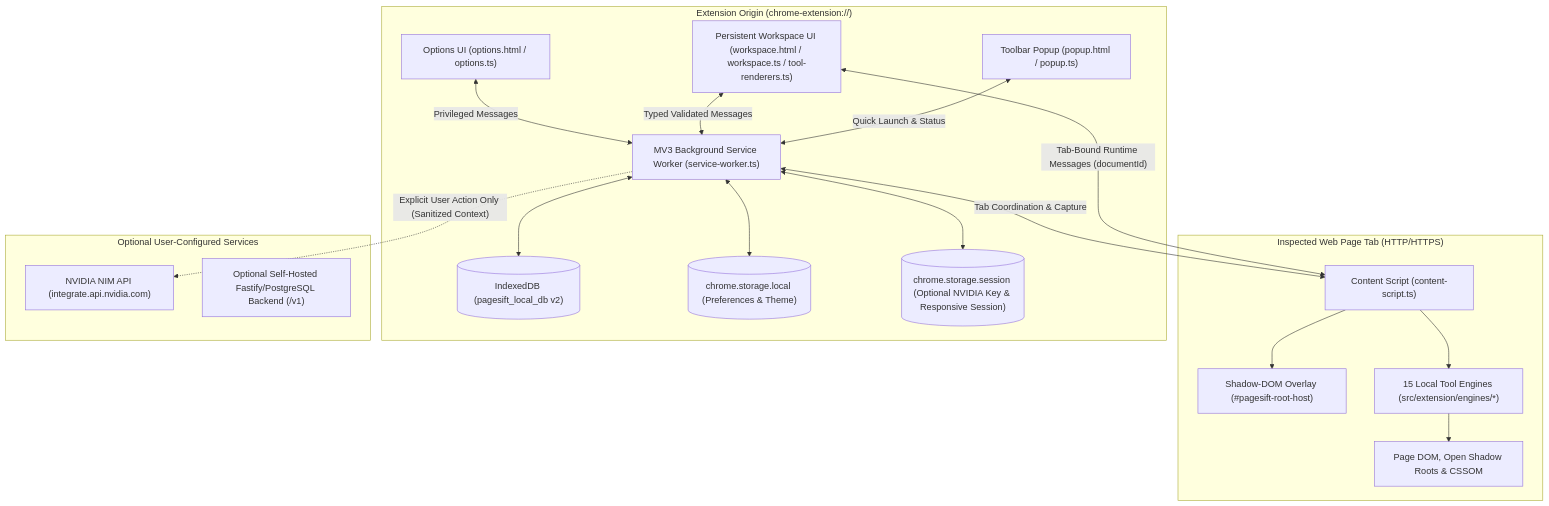
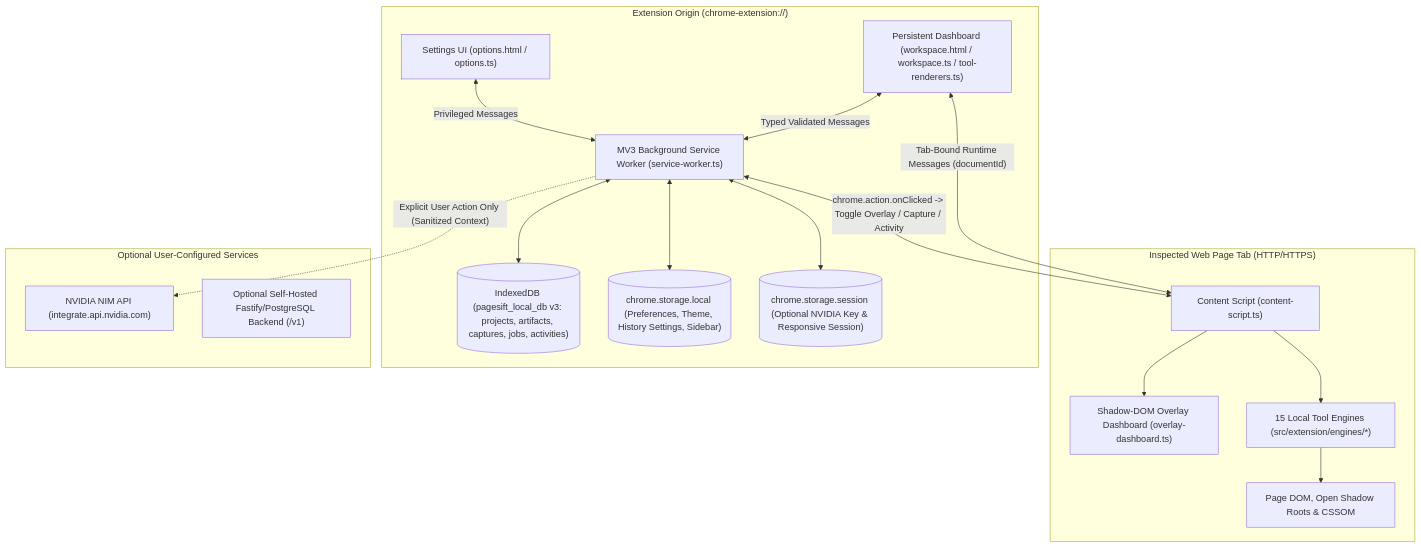
Before and after one commit to QuantumSenpai/pagesift: the diagram in docs/architecture-and-data-flow.md, drawn with Mermaid. The commit also changed other lines of this file and 31 other files, not shown here.

````diff
--- a/docs/architecture-and-data-flow.md
+++ b/docs/architecture-and-data-flow.md
@@ -7,38 +7,36 @@
 ```mermaid
 flowchart TD
     subgraph InspectedTab["Inspected Web Page Tab (HTTP/HTTPS)"]
         DOM["Page DOM, Open Shadow Roots & CSSOM"]
         CS["Content Script (content-script.ts)"]
-        Overlay["Shadow-DOM Overlay (#pagesift-root-host)"]
+        Overlay["Shadow-DOM Overlay Dashboard (overlay-dashboard.ts)"]
         Engines["15 Local Tool Engines (src/extension/engines/*)"]
         CS --> Overlay
         CS --> Engines
         Engines --> DOM
     end
 
     subgraph ExtensionOrigin["Extension Origin (chrome-extension://<id>)"]
         SW["MV3 Background Service Worker (service-worker.ts)"]
-        POP["Toolbar Popup (popup.html / popup.ts)"]
-        WS["Persistent Workspace UI (workspace.html / workspace.ts / tool-renderers.ts)"]
-        OPT["Options UI (options.html / options.ts)"]
-        IDB[("IndexedDB (pagesift_local_db v2)")]
-        LocalStore[("chrome.storage.local (Preferences & Theme)")]
+        WS["Persistent Dashboard (workspace.html / workspace.ts / tool-renderers.ts)"]
+        OPT["Settings UI (options.html / options.ts)"]
+        IDB[("IndexedDB (pagesift_local_db v3: projects, artifacts, captures, jobs, activities)")]
+        LocalStore[("chrome.storage.local (Preferences, Theme, History Settings, Sidebar)")]
         SessionStore[("chrome.storage.session (Optional NVIDIA Key & Responsive Session)")]
 
-        POP <-->|"Quick Launch & Status"| SW
         WS <-->|"Typed Validated Messages"| SW
         OPT <-->|"Privileged Messages"| SW
         SW <--> IDB
         SW <--> LocalStore
         SW <--> SessionStore
     end
 
     subgraph OptionalExternal["Optional User-Configured Services"]
         NIM["NVIDIA NIM API (integrate.api.nvidia.com)"]
         Backend["Optional Self-Hosted Fastify/PostgreSQL Backend (/v1)"]
     end
 
     WS <-->|"Tab-Bound Runtime Messages (documentId)"| CS
-    SW <-->|"Tab Coordination & Capture"| CS
+    SW <-->|"chrome.action.onClicked -> Toggle Overlay / Capture / Activity"| CS
     SW -.->|"Explicit User Action Only (Sanitized Context)"| NIM
 ```
````
